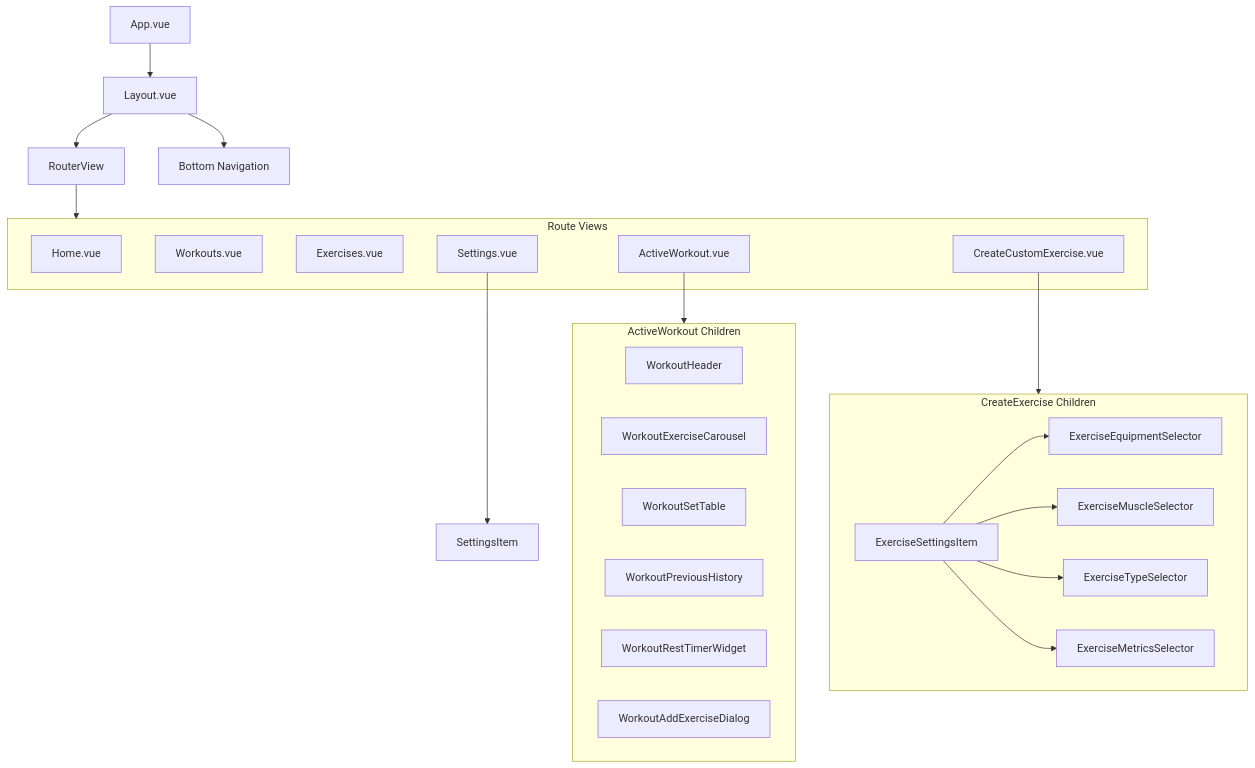
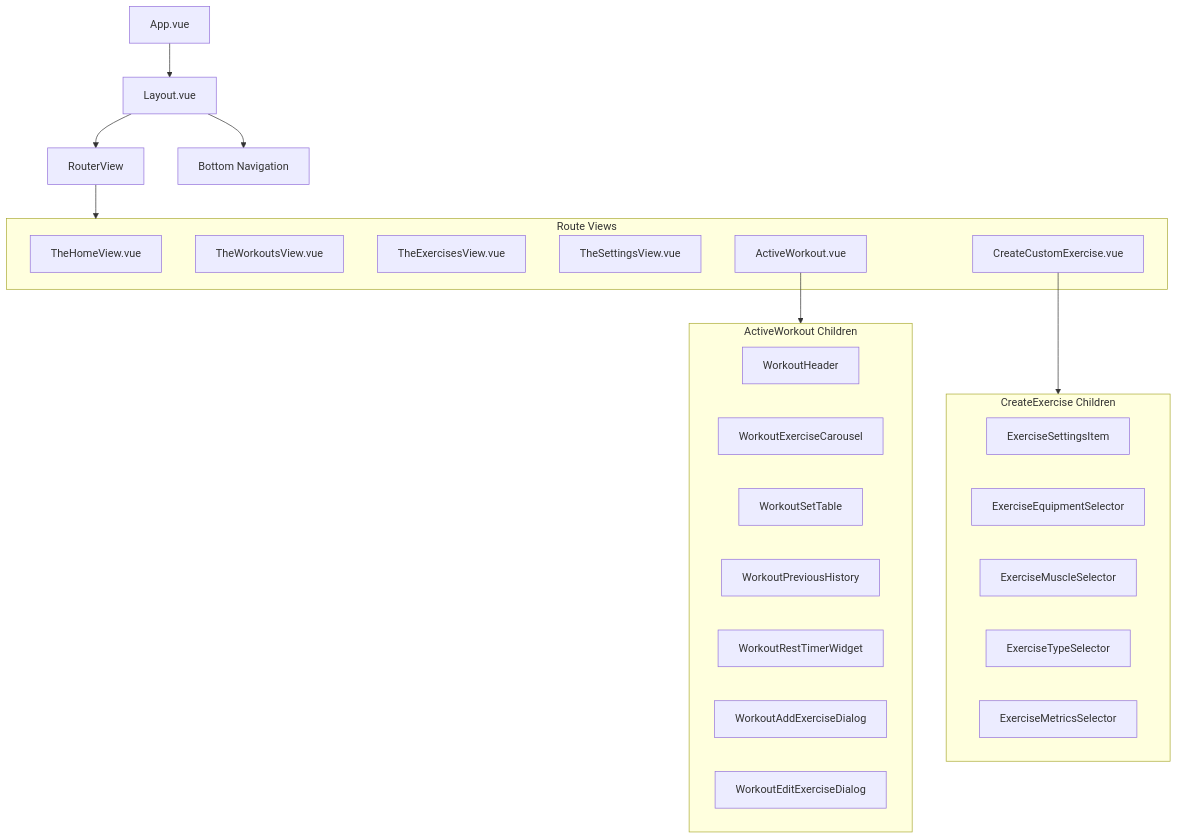
The diagram in CLAUDE.md (alexanderop/workoutTracker), drawn with Mermaid before and after one commit. The commit also changed other lines of this file and 6 other files, not shown here.

````diff
--- a/CLAUDE.md
+++ b/CLAUDE.md
@@ -94,45 +97,40 @@
 ```mermaid
 flowchart TD
     App["App.vue"] --> Layout["Layout.vue"]
 
     Layout --> RouterView["RouterView"]
     Layout --> BottomNav["Bottom Navigation"]
 
     subgraph Views["Route Views"]
-        Home["Home.vue"]
-        Workouts["Workouts.vue"]
-        Exercises["Exercises.vue"]
-        Settings["Settings.vue"]
+        Home["TheHomeView.vue"]
+        Workouts["TheWorkoutsView.vue"]
+        Exercises["TheExercisesView.vue"]
+        Settings["TheSettingsView.vue"]
         ActiveWorkout["ActiveWorkout.vue"]
         CreateExercise["CreateCustomExercise.vue"]
     end
 
     RouterView --> Views
 
     subgraph ActiveWorkoutChildren["ActiveWorkout Children"]
         WorkoutHeader["WorkoutHeader"]
         WorkoutExerciseCarousel["WorkoutExerciseCarousel"]
         WorkoutSetTable["WorkoutSetTable"]
         WorkoutPreviousHistory["WorkoutPreviousHistory"]
         WorkoutRestTimerWidget["WorkoutRestTimerWidget"]
         WorkoutAddExerciseDialog["WorkoutAddExerciseDialog"]
+        WorkoutEditExerciseDialog["WorkoutEditExerciseDialog"]
     end
 
     ActiveWorkout --> ActiveWorkoutChildren
 
     subgraph CreateExerciseChildren["CreateExercise Children"]
         ExerciseSettingsItem["ExerciseSettingsItem"]
         ExerciseEquipmentSelector["ExerciseEquipmentSelector"]
         ExerciseMuscleSelector["ExerciseMuscleSelector"]
         ExerciseTypeSelector["ExerciseTypeSelector"]
         ExerciseMetricsSelector["ExerciseMetricsSelector"]
     end
 
     CreateExercise --> CreateExerciseChildren
-    ExerciseSettingsItem --> ExerciseEquipmentSelector
-    ExerciseSettingsItem --> ExerciseMuscleSelector
-    ExerciseSettingsItem --> ExerciseTypeSelector
-    ExerciseSettingsItem --> ExerciseMetricsSelector
-
-    Settings --> SettingsItem["SettingsItem"]
 ```
````
